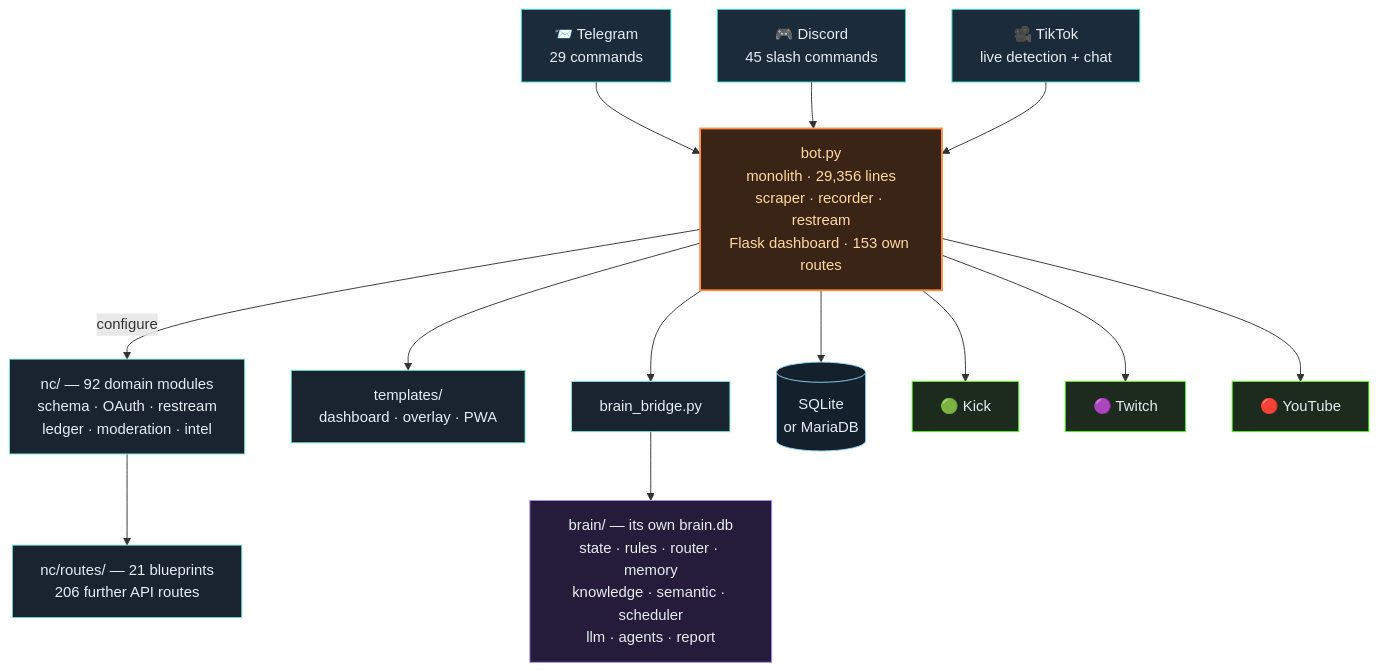
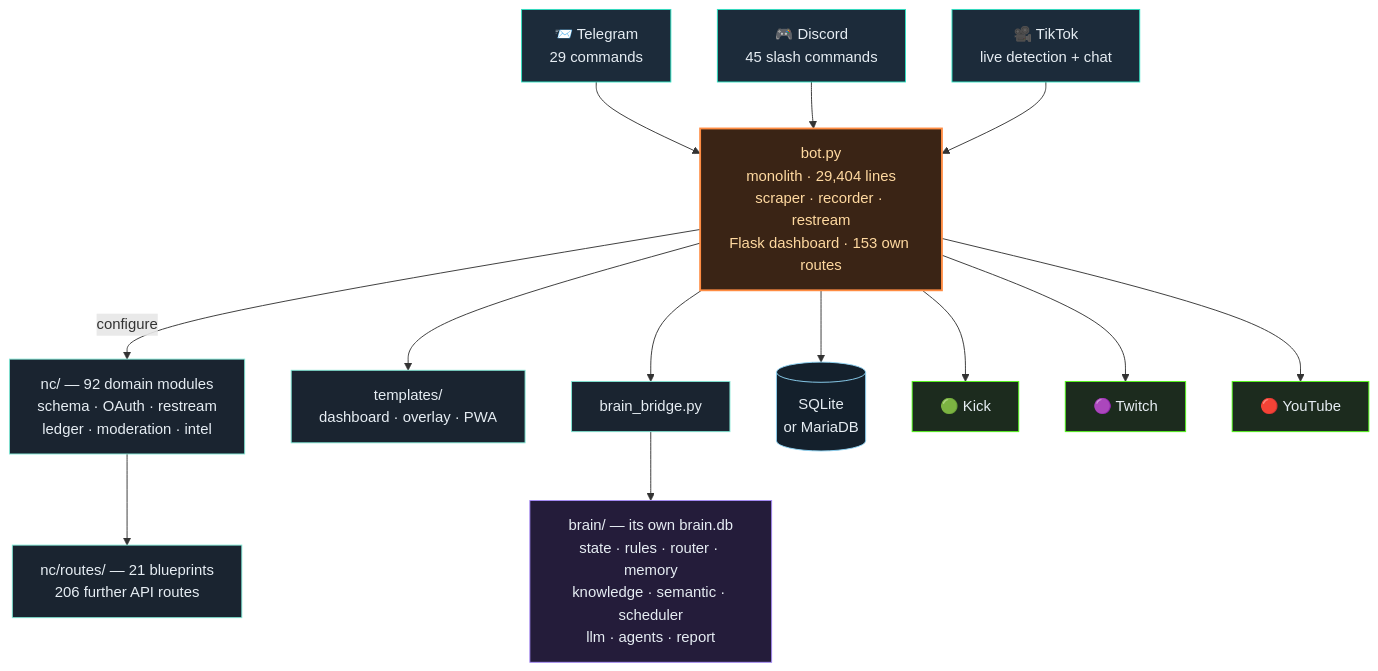
One commit to itsamemedev/Telegram-Stream-Info-Bot changed the third of 4 diagrams in README.en.md. Above: the diagram before and after it, drawn with Mermaid. The commit also changed other lines of this file and 11 other files, not shown here.

````diff
--- a/README.en.md
+++ b/README.en.md
@@ -190,30 +190,30 @@
 ```mermaid
 flowchart TB
     TG["📨 Telegram<br/>29 commands"]:::ein
     DC["🎮 Discord<br/>45 slash commands"]:::ein
     TT["🎥 TikTok<br/>live detection + chat"]:::ein
 
     TG --> BOT
     DC --> BOT
     TT --> BOT
 
-    BOT["bot.py<br/>monolith · 29,356 lines<br/>scraper · recorder · restream<br/>Flask dashboard · 153 own routes"]:::core
+    BOT["bot.py<br/>monolith · 29,404 lines<br/>scraper · recorder · restream<br/>Flask dashboard · 153 own routes"]:::core
 
     BOT -->|configure| NC["nc/ — 92 domain modules<br/>schema · OAuth · restream<br/>ledger · moderation · intel"]:::lib
     NC --> RT["nc/routes/ — 21 blueprints<br/>206 further API routes"]:::lib
     BOT --> TPL["templates/<br/>dashboard · overlay · PWA"]:::lib
     BOT --> BR["brain_bridge.py"]:::lib
     BR --> BRAIN["brain/ — its own brain.db<br/>state · rules · router · memory<br/>knowledge · semantic · scheduler<br/>llm · agents · report"]:::brain
     BOT --> DB[("SQLite<br/>or MariaDB")]:::db
 
     BOT --> KICK["🟢 Kick"]:::out
     BOT --> TW["🟣 Twitch"]:::out
     BOT --> YT["🔴 YouTube"]:::out
 
     classDef ein fill:#1c2b3a,stroke:#2de1c2,color:#e6edf3
     classDef core fill:#3a2415,stroke:#ff8c42,stroke-width:2px,color:#ffd9a0
     classDef lib fill:#1a2430,stroke:#7fe7d4,color:#e6edf3
     classDef brain fill:#241c3a,stroke:#a78bfa,color:#e6edf3
     classDef db fill:#14202c,stroke:#8fd3f4,color:#e6edf3
     classDef out fill:#1c2b1e,stroke:#53fc18,color:#e6edf3
 ```
````
